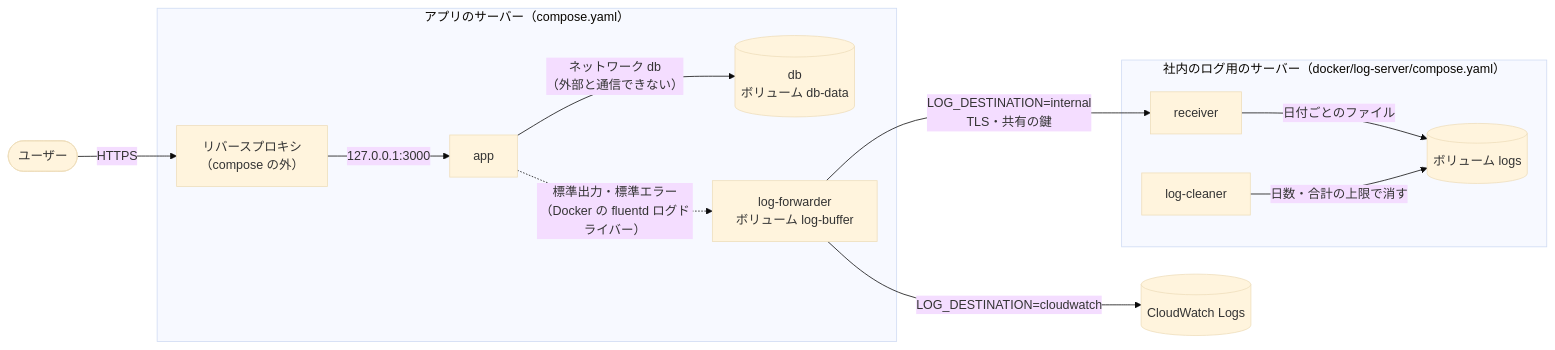
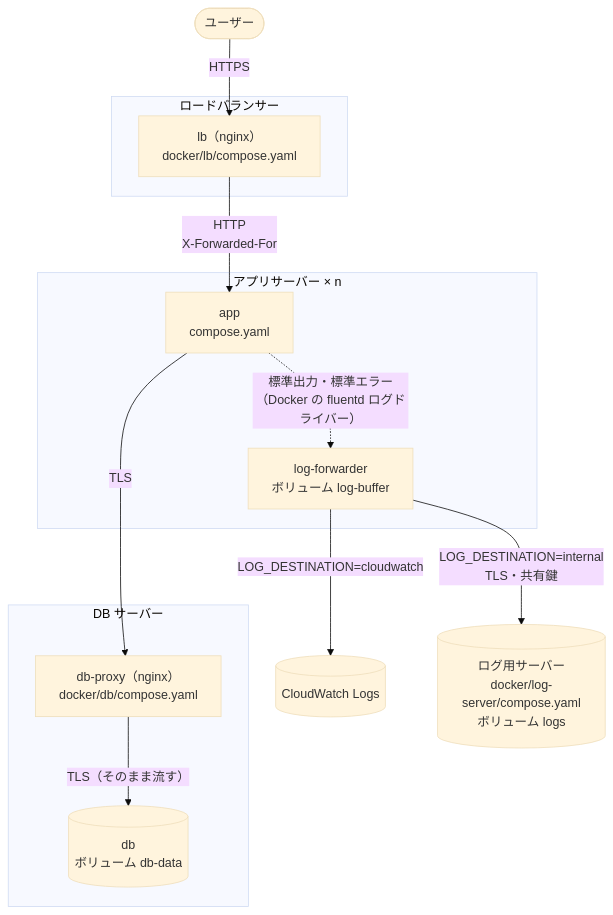
Before and after one commit to bizhermit/sugumi: the diagram in README.md, drawn with Mermaid (base theme). The commit also changed other lines of this file and 78 other files, not shown here.

````diff
--- a/README.md
+++ b/README.md
@@ -38,18 +61,25 @@
 ```mermaid
-flowchart LR
-  user(["ユーザー"]) -->|"HTTPS"| proxy
+flowchart TB
+  user(["ユーザー"]) -->|"HTTPS"| lb
 
-  subgraph appserver["アプリのサーバー（compose.yaml）"]
-    proxy["リバースプロキシ<br>（compose の外）"] -->|"127.0.0.1:3000"| app["app"]
-    app -->|"ネットワーク db<br>（外部と通信できない）"| db[("db<br>ボリューム db-data")]
+  subgraph lbserver["ロードバランサー"]
+    lb["lb（nginx）<br>docker/lb/compose.yaml"]
+  end
+
+  lb -->|"HTTP<br>X-Forwarded-For"| app
+
+  subgraph appserver["アプリサーバー × n"]
+    app["app<br>compose.yaml"]
     app -.->|"標準出力・標準エラー<br>（Docker の fluentd ログドライバー）"| fwd["log-forwarder<br>ボリューム log-buffer"]
   end
 
+  app -->|"TLS"| dbproxy
+  fwd ~~~ dbproxy
+
+  subgraph dbserver["DB サーバー"]
+    dbproxy["db-proxy（nginx）<br>docker/db/compose.yaml"] -->|"TLS（そのまま流す）"| db[("db<br>ボリューム db-data")]
+  end
+
   fwd -->|"LOG_DESTINATION=cloudwatch"| cw[("CloudWatch Logs")]
-  fwd -->|"LOG_DESTINATION=internal<br>TLS・共有の鍵"| receiver
-
-  subgraph logserver["社内のログ用のサーバー（docker/log-server/compose.yaml）"]
-    receiver["receiver"] -->|"日付ごとのファイル"| logs[("ボリューム logs")]
-    cleaner["log-cleaner"] -->|"日数・合計の上限で消す"| logs
-  end
+  fwd -->|"LOG_DESTINATION=internal<br>TLS・共有鍵"| logserver[("ログ用サーバー<br>docker/log-server/compose.yaml<br>ボリューム logs")]
 ```
````
